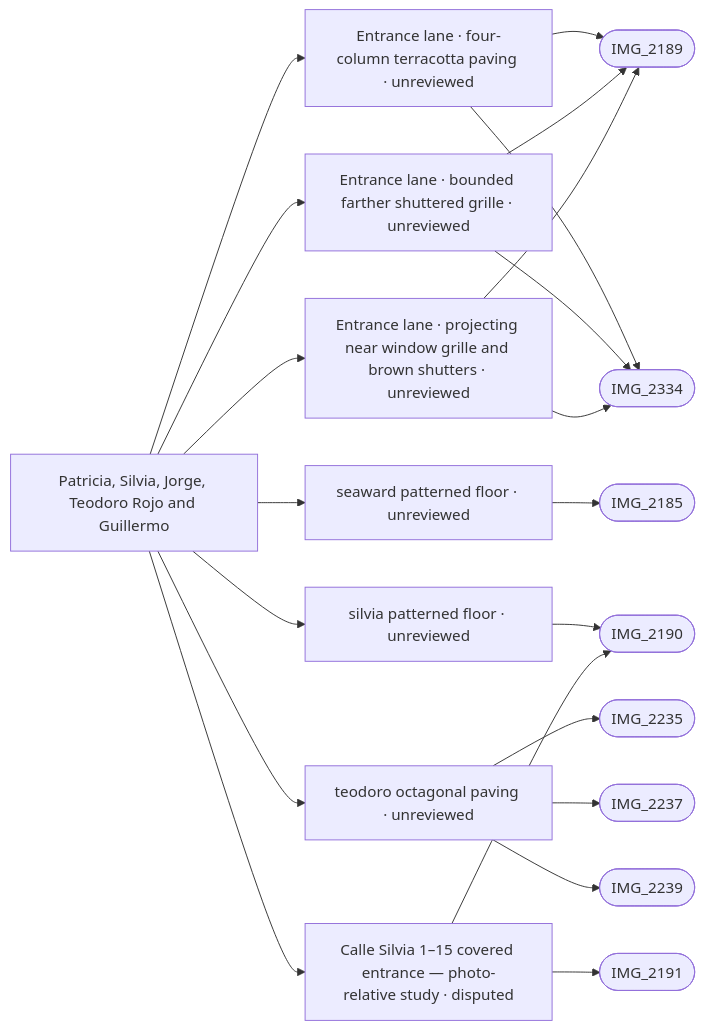
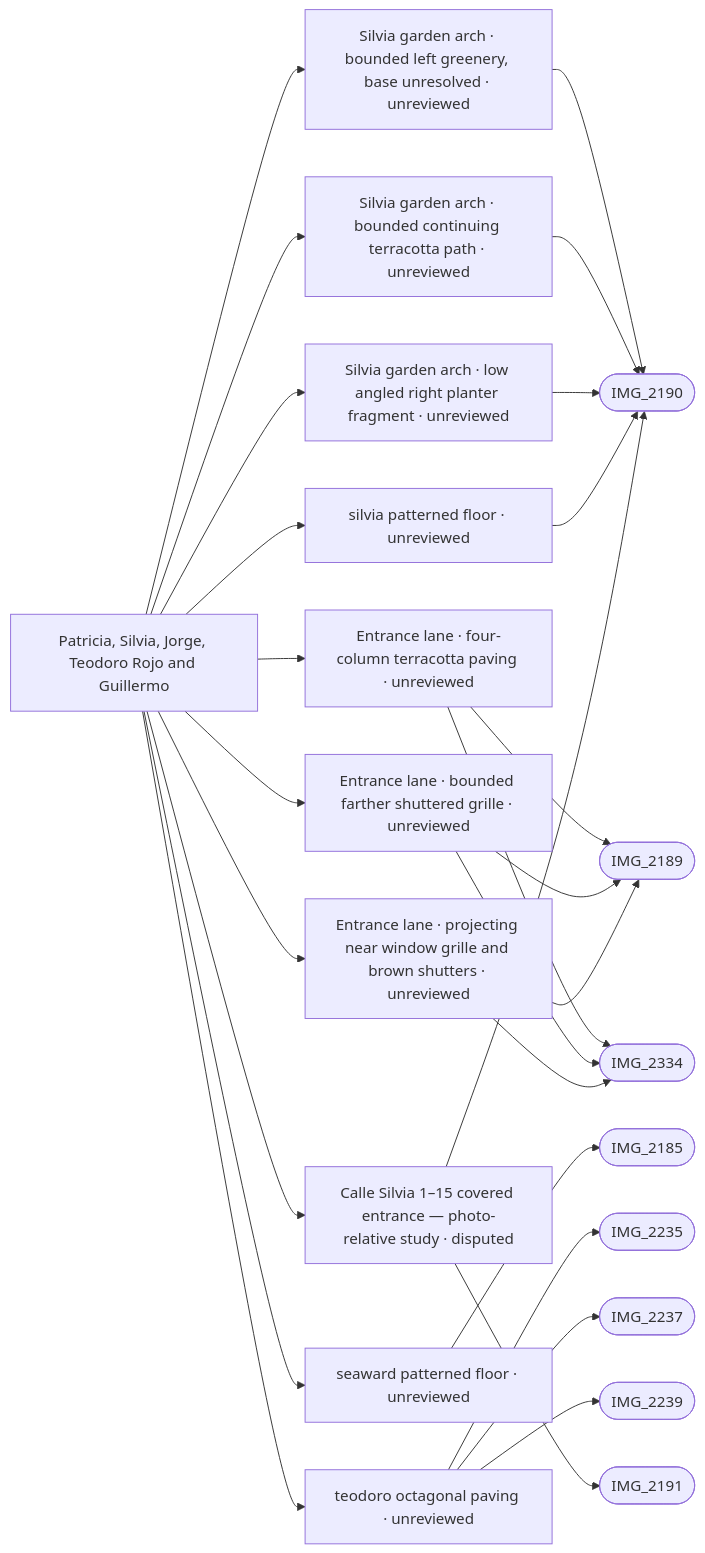
The diagram in refs/areas/seaward-lanes.md (daveyboyc/villacana-venture), drawn with Mermaid before and after one commit. The commit also changed other lines of this file and 70 other files, not shown here.

Commit message:
Build source-observed Silvia garden and pool-entry planter fragments

````diff
--- a/refs/areas/seaward-lanes.md
+++ b/refs/areas/seaward-lanes.md
@@ -44,24 +46,30 @@
 ```mermaid
 graph LR
   A["Patricia, Silvia, Jorge, Teodoro Rojo and Guillermo"]
-  A --> F0["Entrance lane · four-column terracotta paving · unreviewed"]
-  F0 --> PIMG_2189_jpg(["IMG_2189"])
-  F0 --> PIMG_2334_jpg(["IMG_2334"])
-  A --> F1["Entrance lane · bounded farther shuttered grille · unreviewed"]
-  F1 --> PIMG_2189_jpg(["IMG_2189"])
-  F1 --> PIMG_2334_jpg(["IMG_2334"])
-  A --> F2["Entrance lane · projecting near window grille and brown shutters · unreviewed"]
-  F2 --> PIMG_2189_jpg(["IMG_2189"])
-  F2 --> PIMG_2334_jpg(["IMG_2334"])
-  A --> F3["seaward patterned floor · unreviewed"]
-  F3 --> PIMG_2185_jpg(["IMG_2185"])
-  A --> F4["silvia patterned floor · unreviewed"]
-  F4 --> PIMG_2190_jpg(["IMG_2190"])
-  A --> F5["teodoro octagonal paving · unreviewed"]
-  F5 --> PIMG_2235_jpg(["IMG_2235"])
-  F5 --> PIMG_2237_jpg(["IMG_2237"])
-  F5 --> PIMG_2239_jpg(["IMG_2239"])
-  A --> F6["Calle Silvia 1–15 covered entrance — photo-relative study · disputed"]
-  F6 --> PIMG_2190_jpg(["IMG_2190"])
-  F6 --> PIMG_2191_jpg(["IMG_2191"])
+  A --> F0["Silvia garden arch · bounded left greenery, base unresolved · unreviewed"]
+  F0 --> PIMG_2190_jpg(["IMG_2190"])
+  A --> F1["Silvia garden arch · bounded continuing terracotta path · unreviewed"]
+  F1 --> PIMG_2190_jpg(["IMG_2190"])
+  A --> F2["Silvia garden arch · low angled right planter fragment · unreviewed"]
+  F2 --> PIMG_2190_jpg(["IMG_2190"])
+  A --> F3["Entrance lane · four-column terracotta paving · unreviewed"]
+  F3 --> PIMG_2189_jpg(["IMG_2189"])
+  F3 --> PIMG_2334_jpg(["IMG_2334"])
+  A --> F4["Entrance lane · bounded farther shuttered grille · unreviewed"]
+  F4 --> PIMG_2189_jpg(["IMG_2189"])
+  F4 --> PIMG_2334_jpg(["IMG_2334"])
+  A --> F5["Entrance lane · projecting near window grille and brown shutters · unreviewed"]
+  F5 --> PIMG_2189_jpg(["IMG_2189"])
+  F5 --> PIMG_2334_jpg(["IMG_2334"])
+  A --> F6["seaward patterned floor · unreviewed"]
+  F6 --> PIMG_2185_jpg(["IMG_2185"])
+  A --> F7["silvia patterned floor · unreviewed"]
+  F7 --> PIMG_2190_jpg(["IMG_2190"])
+  A --> F8["teodoro octagonal paving · unreviewed"]
+  F8 --> PIMG_2235_jpg(["IMG_2235"])
+  F8 --> PIMG_2237_jpg(["IMG_2237"])
+  F8 --> PIMG_2239_jpg(["IMG_2239"])
+  A --> F9["Calle Silvia 1–15 covered entrance — photo-relative study · disputed"]
+  F9 --> PIMG_2190_jpg(["IMG_2190"])
+  F9 --> PIMG_2191_jpg(["IMG_2191"])
 ```
````
